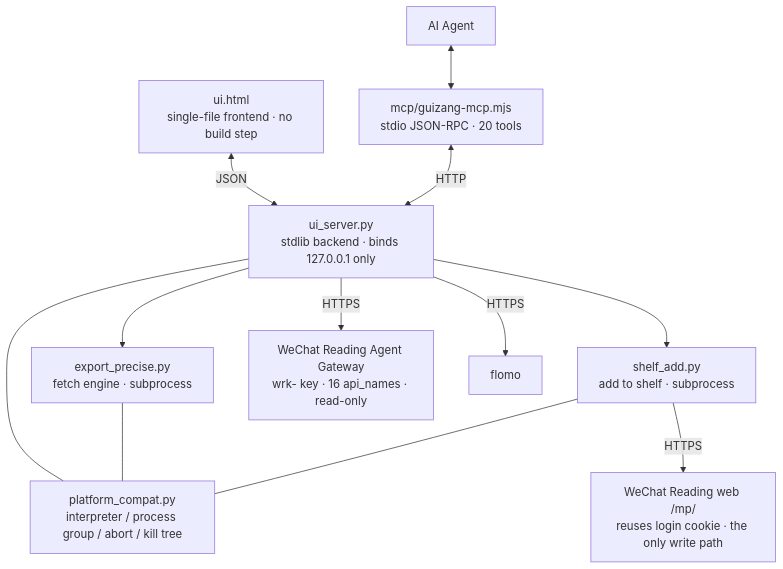
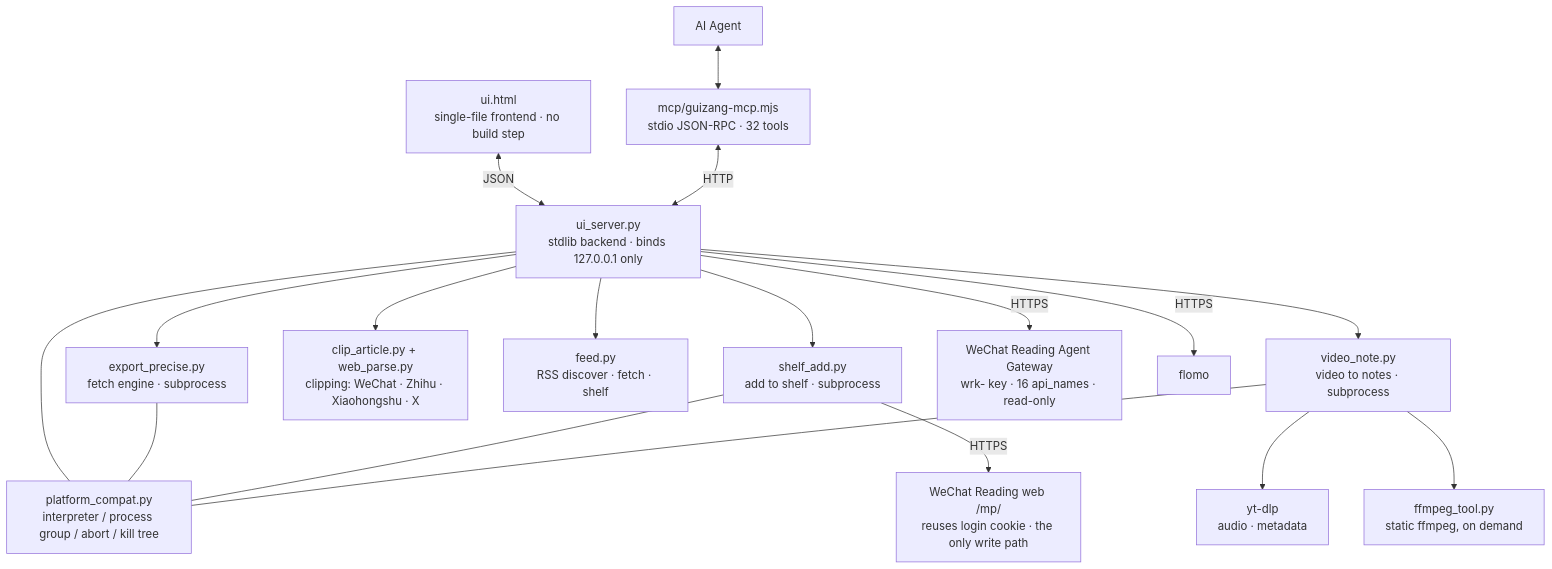
Before and after one commit to KEQingFeng/weread-guizang: the second of 2 diagrams in README.en.md, drawn with Mermaid. The commit also changed other lines of this file and 24 other files, not shown here.

First line of the commit message:
归藏 0.9.9：知乎/小红书/X 解析 + RSS 订阅 + 视频转笔记（ASR/总结/导图）

````diff
--- a/README.en.md
+++ b/README.en.md
@@ -233,25 +272,36 @@
 ```mermaid
 flowchart TB
   UI[ui.html<br/>single-file frontend · no build step]
   S[ui_server.py<br/>stdlib backend · binds 127.0.0.1 only]
   E[export_precise.py<br/>fetch engine · subprocess]
   SA[shelf_add.py<br/>add to shelf · subprocess]
+  CL[clip_article.py + web_parse.py<br/>clipping: WeChat · Zhihu · Xiaohongshu · X]
+  FS[feed.py<br/>RSS discover · fetch · shelf]
+  VN[video_note.py<br/>video to notes · subprocess]
+  FF[ffmpeg_tool.py<br/>static ffmpeg, on demand]
+  YT[yt-dlp<br/>audio · metadata]
   WG[WeChat Reading Agent Gateway<br/>wrk- key · 16 api_names · read-only]
   WP[WeChat Reading web /mp/<br/>reuses login cookie · the only write path]
   FL[flomo]
   PC[platform_compat.py<br/>interpreter / process group / abort / kill tree]
-  M[mcp/guizang-mcp.mjs<br/>stdio JSON-RPC · 20 tools]
+  M[mcp/guizang-mcp.mjs<br/>stdio JSON-RPC · 32 tools]
   AG[AI Agent]
 
   UI <-->|JSON| S
   S --> E
   S --> SA
+  S --> CL
+  S --> FS
+  S --> VN
   S -->|HTTPS| WG
   SA -->|HTTPS| WP
   S -->|HTTPS| FL
   S --- PC
   E --- PC
   SA --- PC
+  VN --- PC
+  VN --> YT
+  VN --> FF
   M <-->|HTTP| S
   AG <--> M
 ```
````
